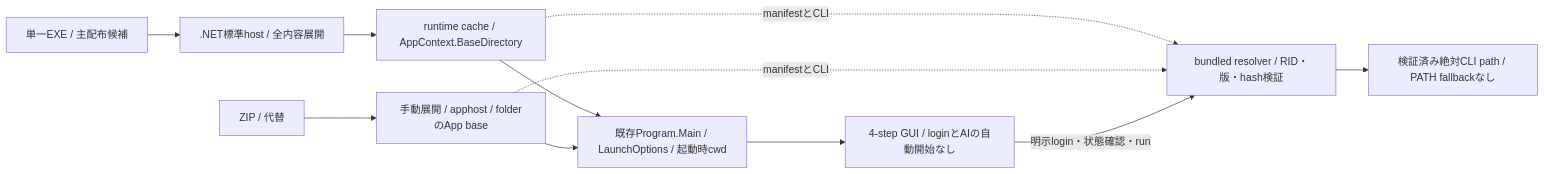
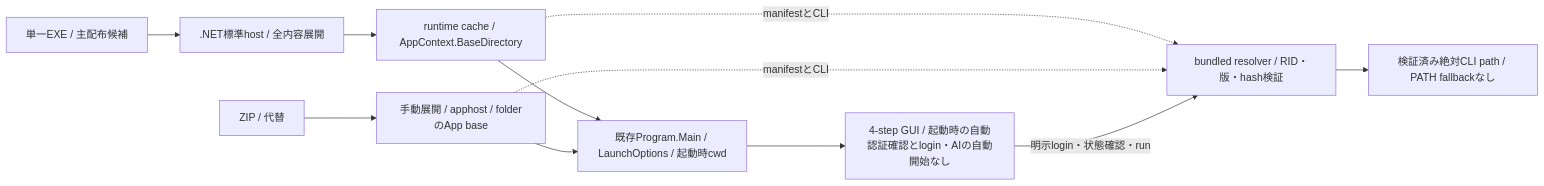
Before and after one commit to dahatake/StudyReport-Evaluator: the third of 4 diagrams in dev/docs/architecture.md, drawn with Mermaid. The commit also changed other lines of this file and 15 other files, not shown here.

````diff
--- a/dev/docs/architecture.md
+++ b/dev/docs/architecture.md
@@ -228,13 +230,13 @@
 ```mermaid
 flowchart LR
     EXE[単一EXE / 主配布候補] --> Host[.NET標準host / 全内容展開]
     Host --> Cache[runtime cache / AppContext.BaseDirectory]
     ZIP[ZIP / 代替] --> Folder[手動展開 / apphost / folderのApp base]
     Cache --> Main[既存Program.Main / LaunchOptions / 起動時cwd]
     Folder --> Main
-    Main --> GUI[4-step GUI / loginとAIの自動開始なし]
+    Main --> GUI[4-step GUI / 起動時の自動認証確認とlogin・AIの自動開始なし]
     Cache -. manifestとCLI .-> Resolver[bundled resolver / RID・版・hash検証]
     Folder -. manifestとCLI .-> Resolver
     GUI -->|明示login・状態確認・run| Resolver
     Resolver --> CLI[検証済み絶対CLI path / PATH fallbackなし]
 ```
````
